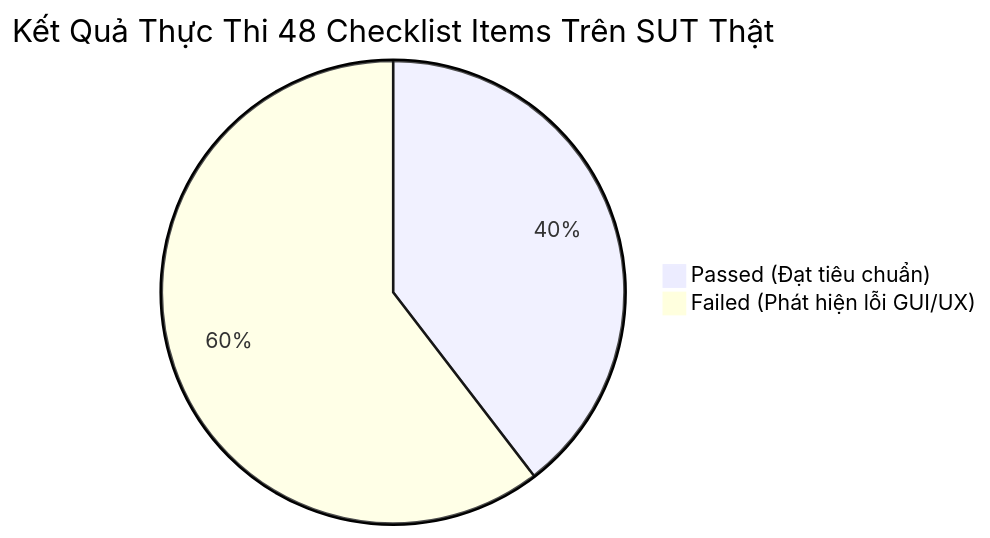
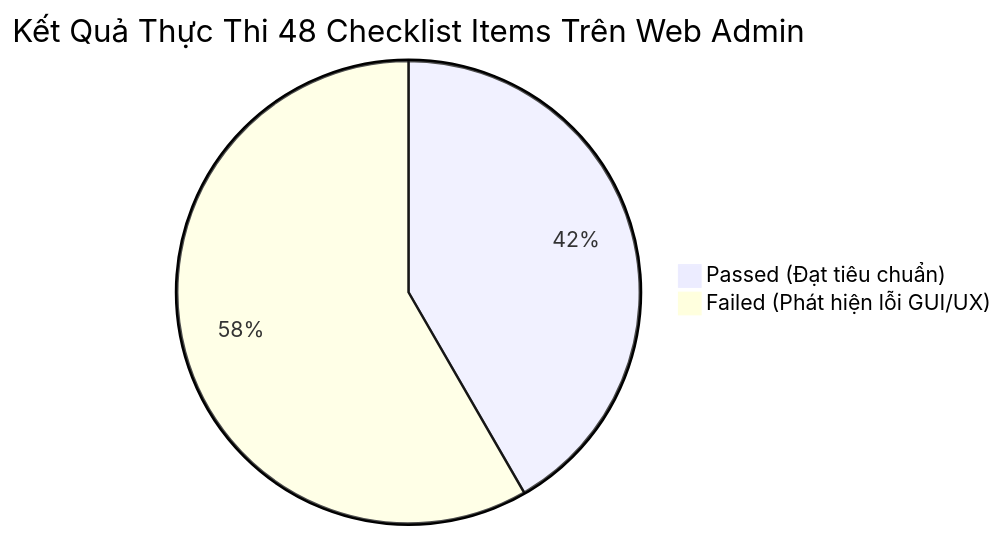
Before and after one commit to Hidebray/Homework-week03-SoftwareTesting: the first of 3 diagrams in reports/01_GUI_Checklist_Report.md, drawn with Mermaid. The commit also changed other lines of this file and 3 other files, not shown here.

Commit message:
docs: finalize task 01 report with deep AI gap analysis and updated 48-item GUI checklist

````diff
--- a/reports/01_GUI_Checklist_Report.md
+++ b/reports/01_GUI_Checklist_Report.md
@@ -21,5 +23,5 @@
 ```mermaid
-pie title Kết Quả Thực Thi 48 Checklist Items Trên SUT Thật
-    "Passed (Đạt tiêu chuẩn)" : 19
-    "Failed (Phát hiện lỗi GUI/UX)" : 29
+pie title Kết Quả Thực Thi 48 Checklist Items Trên Web Admin
+    "Passed (Đạt tiêu chuẩn)" : 20
+    "Failed (Phát hiện lỗi GUI/UX)" : 28
 ```
````
